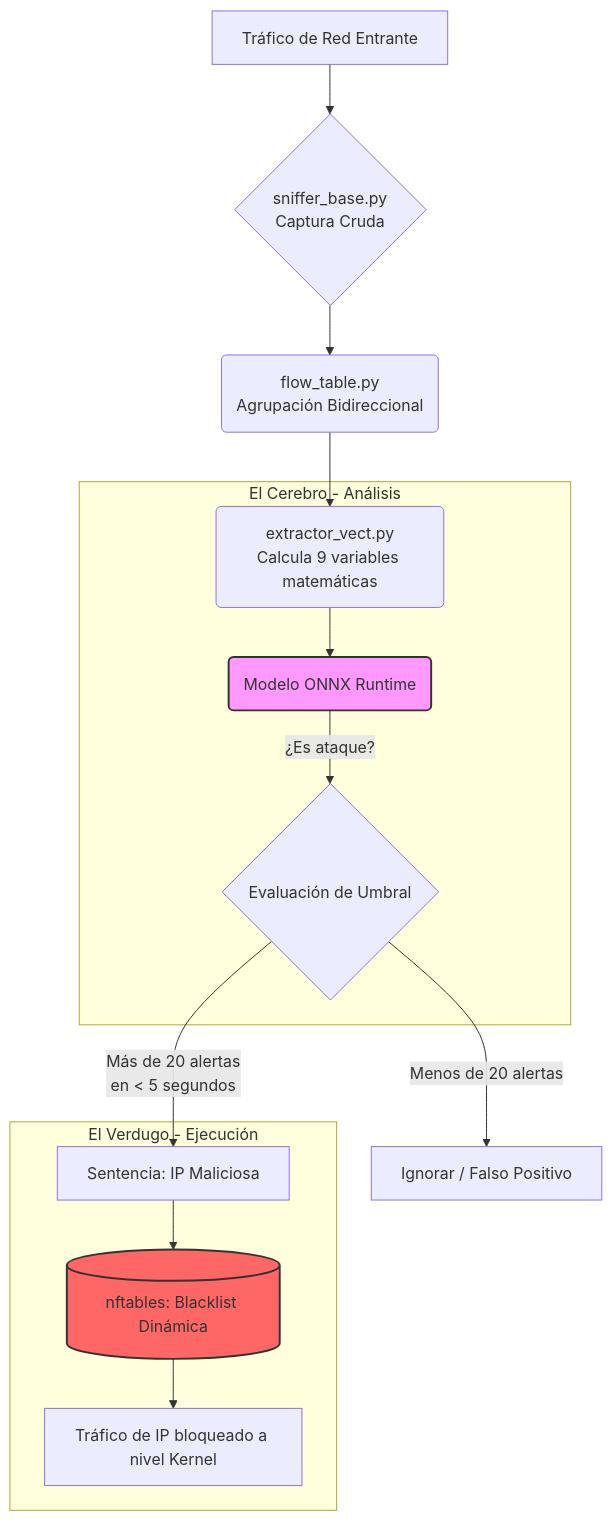
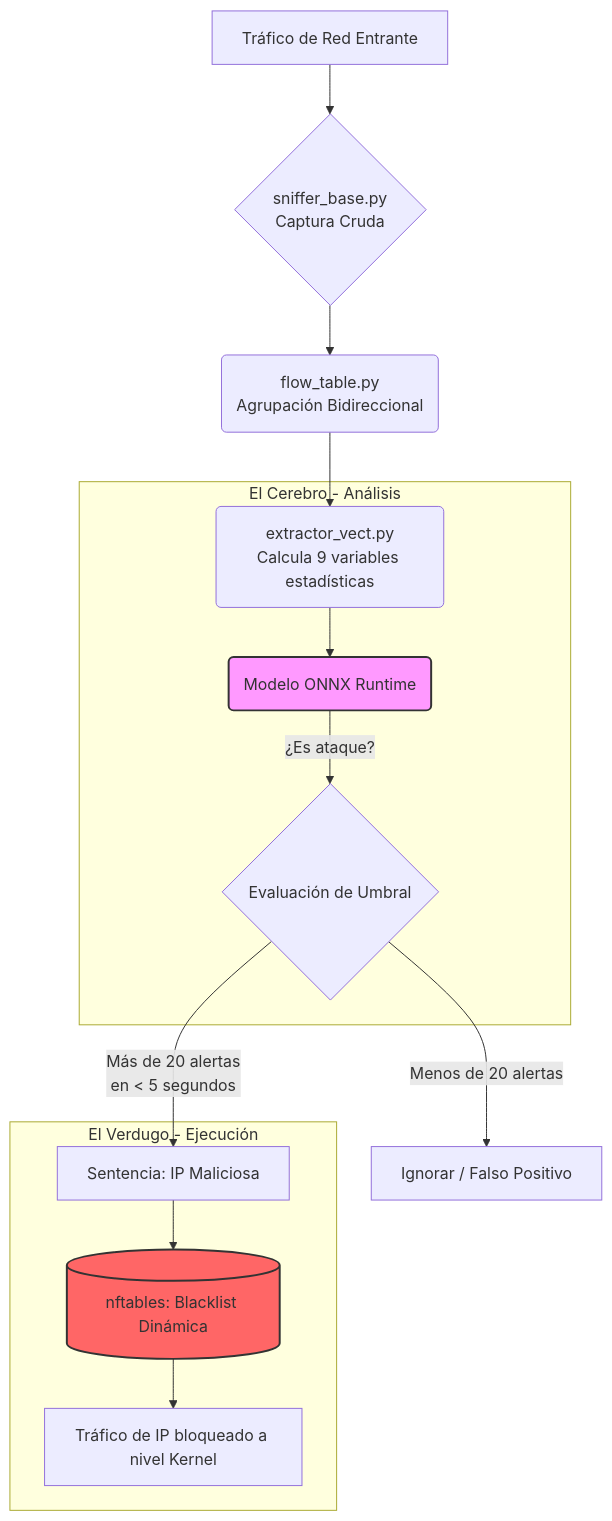
The diagram in Progreso.md (ValenteCardenas/Firewall_CM), drawn with Mermaid before and after one commit. The commit also changed other lines of this file and 3 other files, not shown here.

````diff
--- a/Progreso.md
+++ b/Progreso.md
@@ -29,22 +37,22 @@
 ```mermaid
 flowchart TD
     A[Tráfico de Red Entrante] --> B{sniffer_base.py<br>Captura Cruda}
     B --> C(flow_table.py<br>Agrupación Bidireccional)
-    C --> D(extractor_vect.py<br>Calcula 9 variables matemáticas)
+    C --> D(extractor_vect.py<br>Calcula 9 variables estadísticas)
     
     subgraph cerebro [El Cerebro - Análisis]
         D --> E(Modelo ONNX Runtime)
         E -->|¿Es ataque?| F{Evaluación de Umbral}
     end
     
     F -->|"Menos de 20 alertas"| G[Ignorar / Falso Positivo]
     F -->|"Más de 20 alertas<br>en < 5 segundos"| H[Sentencia: IP Maliciosa]
     
     subgraph verdugo [El Verdugo - Ejecución]
         H --> I[(nftables: Blacklist Dinámica)]
         I --> J[Tráfico de IP bloqueado a nivel Kernel]
     end
     
     style E fill:#f9f,stroke:#333,stroke-width:2px
     style I fill:#ff6666,stroke:#333,stroke-width:2px
 ```
````
